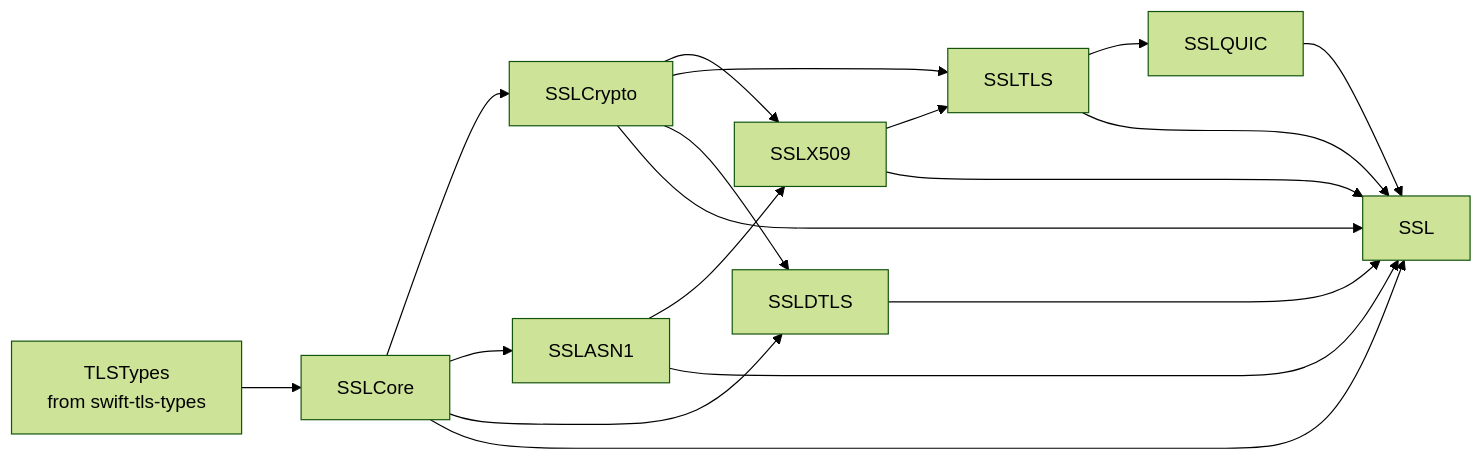
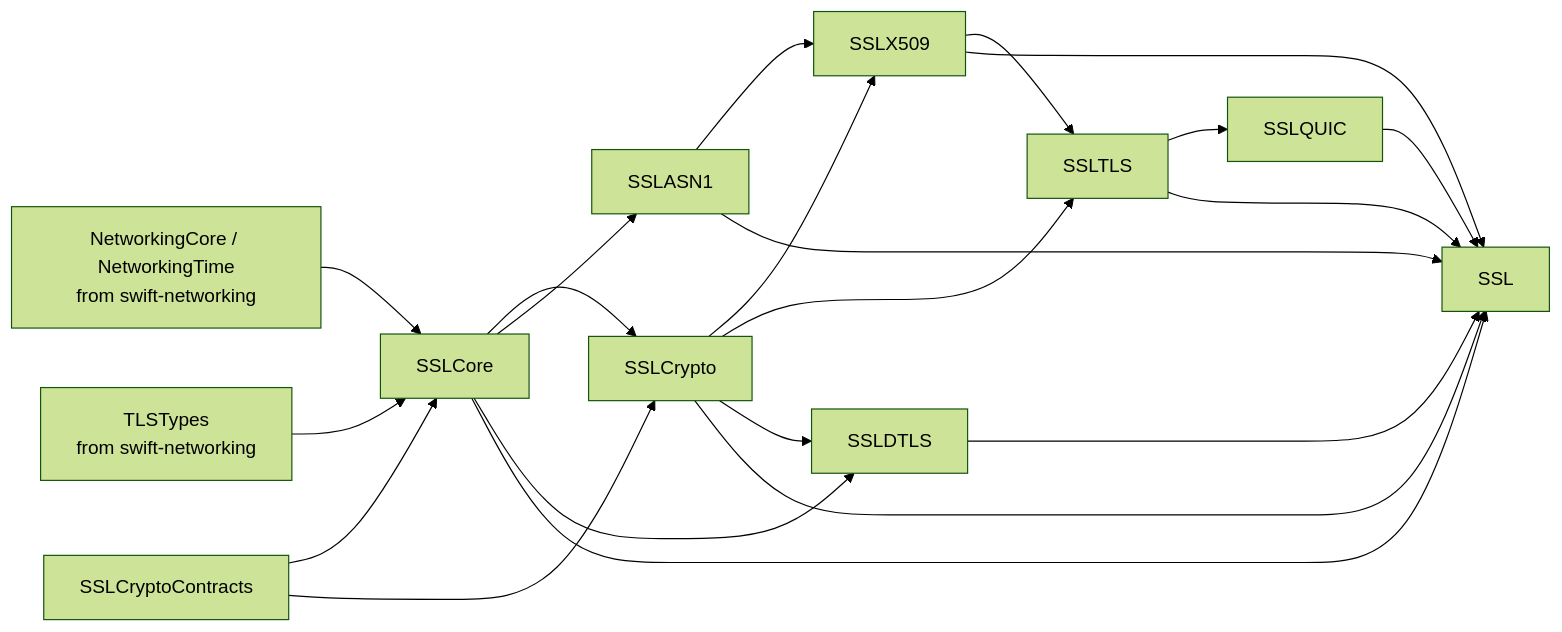
One commit to 1amageek/swift-ssl changed the first of 2 diagrams in README.md. Above: the diagram before and after it, drawn with Mermaid (forest theme). The commit also changed other lines of this file and 235 other files, not shown here.

Commit message:
Adopt swift-networking and finalize portable SSL boundaries

````diff
--- a/README.md
+++ b/README.md
@@ -15,20 +15,23 @@
 ```mermaid
 flowchart LR
-    Types[TLSTypes\nfrom swift-tls-types] --> Core[SSLCore]
-    Core[SSLCore] --> Crypto[SSLCrypto]
+    Net[NetworkingCore / NetworkingTime\nfrom swift-networking] --> Core[SSLCore]
+    Types[TLSTypes\nfrom swift-networking] --> Core
+    Contracts[SSLCryptoContracts] --> Core
+    Contracts --> Crypto[SSLCrypto]
+    Core --> Crypto
     Core --> ASN1[SSLASN1]
     Crypto --> X509[SSLX509]
     ASN1 --> X509
     Crypto --> TLS[SSLTLS]
     X509 --> TLS
     Core --> DTLS[SSLDTLS]
     Crypto --> DTLS
     TLS --> QUIC[SSLQUIC]
     Core --> SSL[SSL]
     Crypto --> SSL
     ASN1 --> SSL
     X509 --> SSL
     TLS --> SSL
     DTLS --> SSL
     QUIC --> SSL
 ```
````
